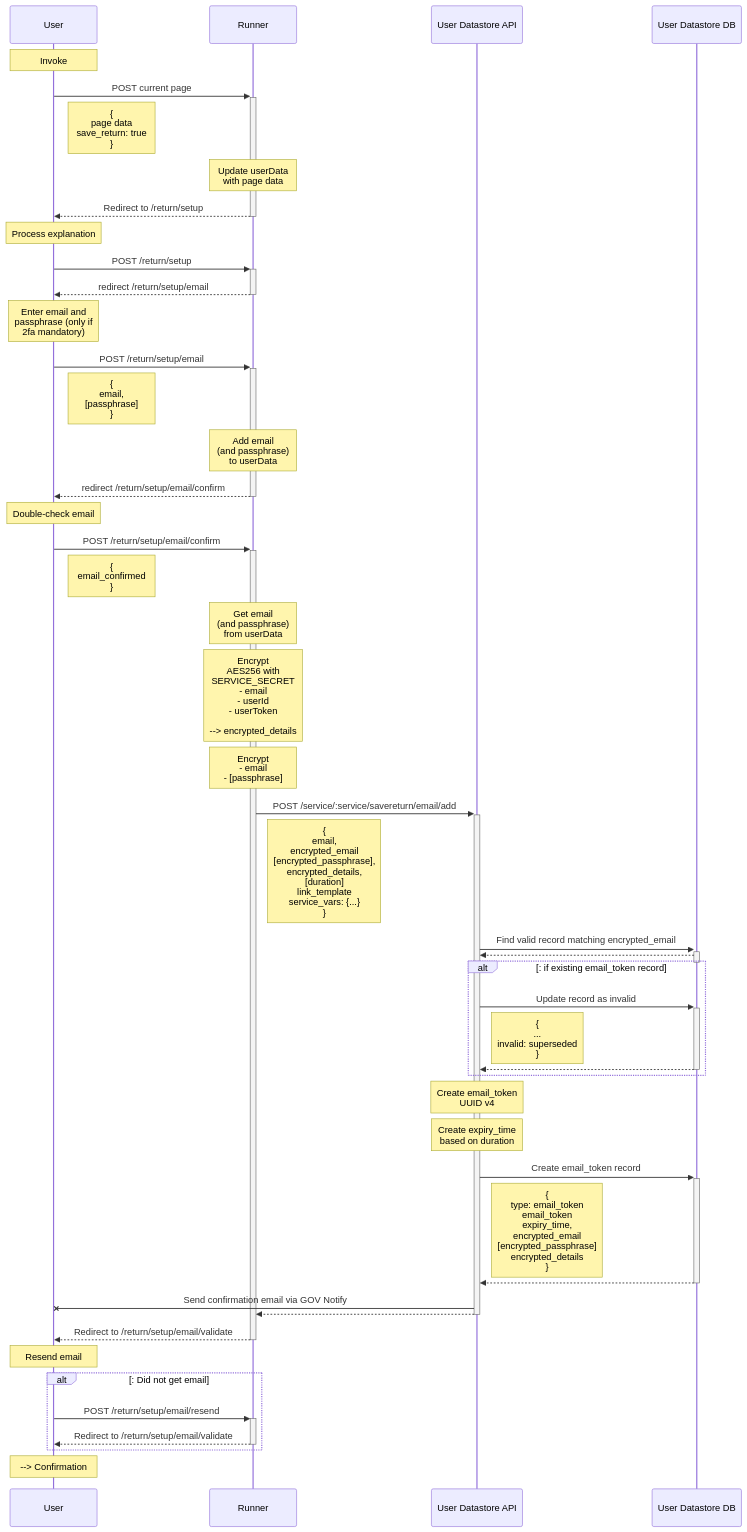
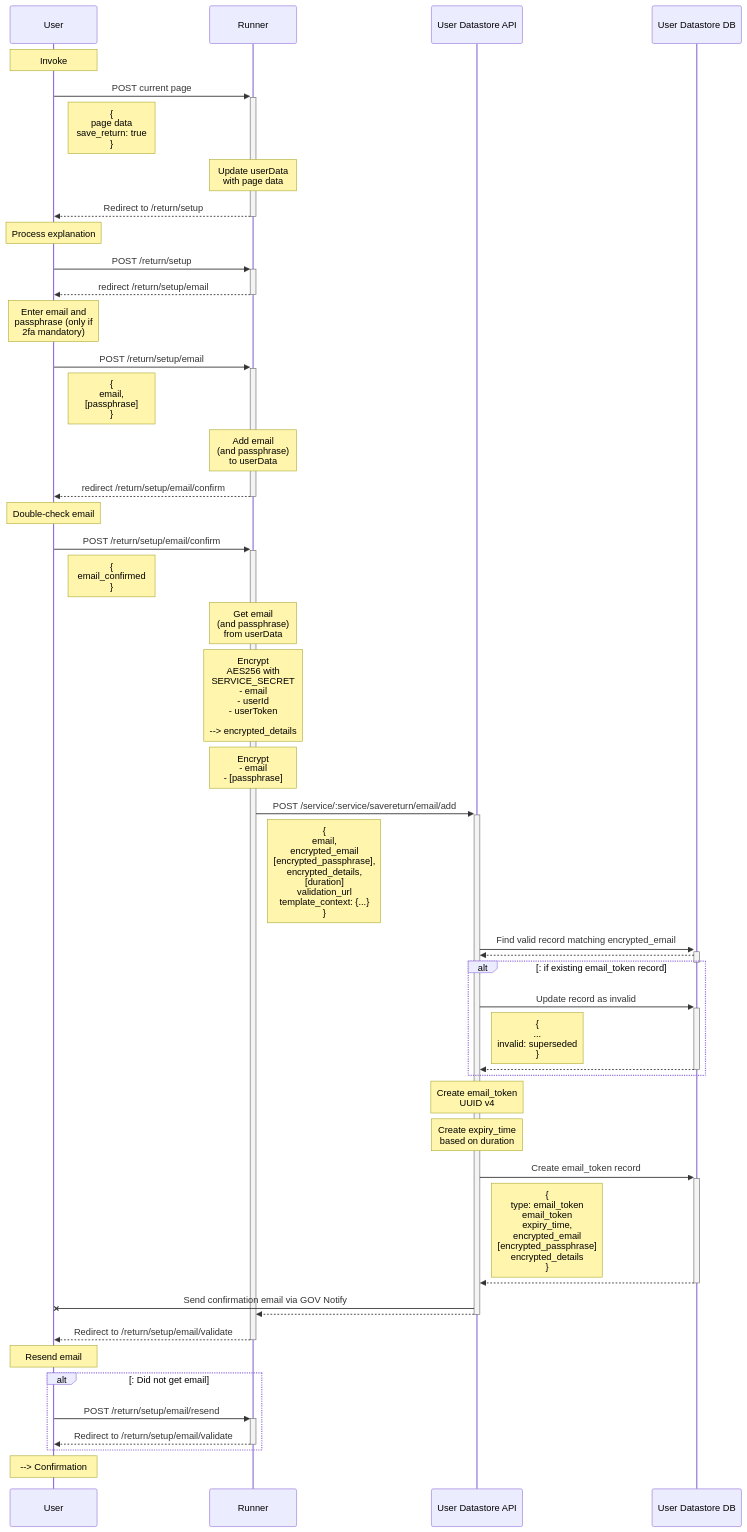
The diagram in documentation/running/save-and-return/files/return--setup--email-add.mmd (ministryofjustice/form-builder), drawn with Mermaid before and after one commit. The commit also changed 9 other files, not shown here.

First line of the commit message:
Update link_template to validation_url

```diff
--- a/documentation/running/save-and-return/files/return--setup--email-add.mmd
+++ b/documentation/running/save-and-return/files/return--setup--email-add.mmd
@@ -1,92 +1,92 @@
 sequenceDiagram
 
 participant U as User
 
 participant R as Runner
 
 participant DS as User Datastore API
 
 participant DB as User Datastore DB
 
 Note over U: Invoke
 
 U->>+R: POST current page
 
 Note right of U: {<br>  page data<br>  save_return: true<br>}
 
 Note over R: Update userData<br>with page data
 
 R-->>-U: Redirect to /return/setup
 
 Note over U: Process explanation
 
 U->>+R: POST /return/setup
 
 R-->>-U: redirect /return/setup/email
 
 Note over U: Enter email and <br>passphrase (only if <br>2fa mandatory)
 
 U->>+R: POST /return/setup/email
 
 Note right of U: {<br>email,<br>[passphrase]<br>}
 
 Note over R: Add email <br>(and passphrase) <br>to userData
 
 R-->>-U: redirect /return/setup/email/confirm
 
 Note over U: Double-check email
 
 U->>+R: POST /return/setup/email/confirm
 
 Note right of U: {<br>email_confirmed<br>}
 
 Note over R: Get email <br>(and passphrase) <br>from userData
 Note over R: Encrypt<br>AES256 with<br>SERVICE_SECRET<br>- email<br>- userId<br>- userToken<br><br>--> encrypted_details
 
 Note over R: Encrypt <br>- email<br>- [passphrase]
 
 R->>+DS: POST /service/:service/savereturn/email/add
 
-Note right of R: {<br>email,<br>encrypted_email<br>[encrypted_passphrase],<br>encrypted_details,<br>[duration]<br>link_template<br>service_vars: {...}<br>}
+Note right of R: {<br>email,<br>encrypted_email<br>[encrypted_passphrase],<br>encrypted_details,<br>[duration]<br>validation_url<br>template_context: {...}<br>}
 
 DS->>+DB: Find valid record matching encrypted_email
 
 DB-->>-DS: 
 
 alt: if existing email_token record
 
   DS->>+DB: Update record as invalid
 
   Note right of DS: {<br>...<br>invalid: superseded<br>}
 
   DB-->>-DS: 
 
 end
 
 Note over DS: Create email_token<br>UUID v4
 
 Note over DS: Create expiry_time<br>based on duration
 
 DS->>+DB: Create email_token record 
 
 Note right of DS: { <br>type: email_token<br>email_token<br>expiry_time,<br>encrypted_email<br>[encrypted_passphrase]<br>encrypted_details<br> }
 
 DB-->>-DS: 
 
 DS-XU: Send confirmation email via GOV Notify
 
 DS-->>-R:  
 
 R-->>-U: Redirect to /return/setup/email/validate
 
 Note over U: Resend email
 
 alt: Did not get email
 
   U->>+R: POST /return/setup/email/resend
 
   R-->>-U: Redirect to /return/setup/email/validate
 
 end
 
 Note over U: --> Confirmation
```
